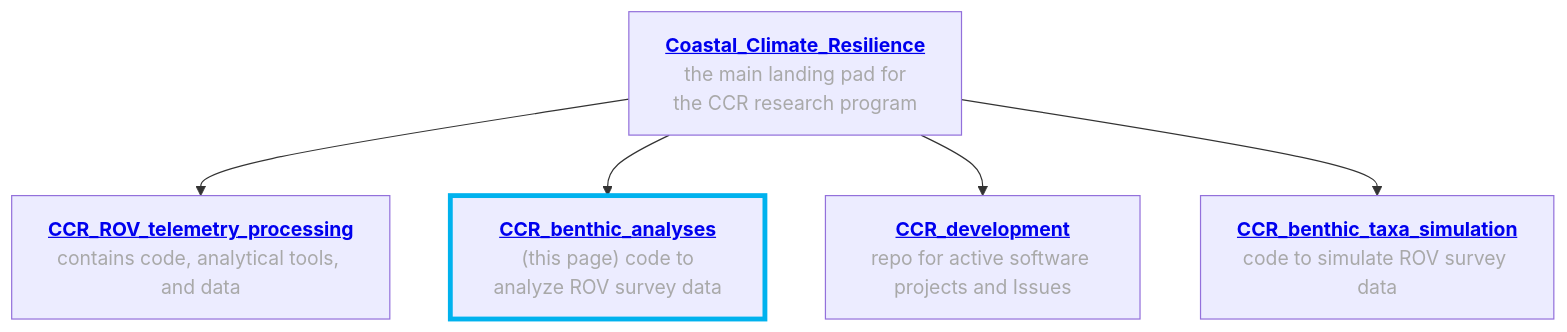
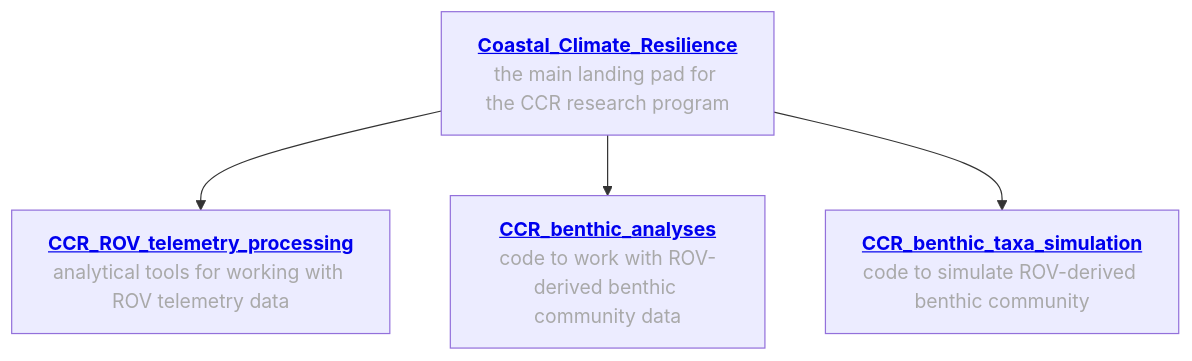
Before and after one commit to Seattle-Aquarium/CCR_benthic_analyses: the first of 2 diagrams in README.md, drawn with Mermaid. The commit also changed other lines of this file, not shown here.

````diff
--- a/README.md
+++ b/README.md
@@ -41,15 +42,11 @@
 ```mermaid
 graph TD
 
-A["<a href='https://github.com/Seattle-Aquarium/Coastal_Climate_Resilience' target='_blank' style='font-size: 16px; font-weight: bold;'>Coastal_Climate_Resilience</a><br><font color='darkgray' style='text-decoration: none;'> the main landing pad for the CCR research program</font>"]
+A["<a href='https://github.com/Seattle-Aquarium/Coastal_Climate_Resilience' target='_blank' style='font-size: 16px; font-weight: bold;'>Coastal_Climate_Resilience</a><br><font color='darkgray'>the main landing pad for the CCR research program</font>"]
 
-A --> B["<a href='https://github.com/Seattle-Aquarium/CCR_analytical_resources' target='_blank' style='font-size: 16px; font-weight: bold;'>CCR_ROV_telemetry_processing</a><br><font color='darkgray' style='text-decoration: none;'>contains code, analytical tools, and data</font>"]
+A --> E["<a href='https://github.com/Seattle-Aquarium/CCR_analytical_resources' target='_blank' style='font-size: 16px; font-weight: bold;'>CCR_ROV_telemetry_processing</a><br><font color='darkgray'>analytical tools for working with ROV telemetry data</font>"]
 
-A --> C["<a href='https://github.com/Seattle-Aquarium/CCR_benthic_analyses' target='_blank' style='font-size: 16px; font-weight: bold;'>CCR_benthic_analyses</a><br><font color='darkgray' style='text-decoration: none;'> (this page) code to analyze ROV survey data</font>"]
+A --> F["<a href='https://github.com/Seattle-Aquarium/CCR_benthic_analyses' target='_blank' style='font-size: 16px; font-weight: bold;'>CCR_benthic_analyses</a><br><font color='darkgray'>code to work with ROV-derived benthic community data</font>"]
 
-A --> D["<a href='https://github.com/Seattle-Aquarium/CCR_development' target='_blank' style='font-size: 16px; font-weight: bold;'>CCR_development</a><br><font color='darkgray' style='text-decoration: none;'>repo for active software projects and Issues</font>"]
-
-A --> E["<a href='https://github.com/Seattle-Aquarium/CCR_benthic_taxa_simulation' target='_blank' style='font-size: 16px; font-weight: bold;'>CCR_benthic_taxa_simulation</a><br><font color='darkgray' style='text-decoration: none;'>code to simulate ROV survey data</font>"]
-
-style C stroke:#00B2EE,stroke-width:4px
+A --> G["<a href='https://github.com/Seattle-Aquarium/CCR_benthic_taxa_simulation' target='_blank' style='font-size: 16px; font-weight: bold;'>CCR_benthic_taxa_simulation</a><br><font color='darkgray'>code to simulate ROV-derived benthic community</font>"]
 ```
````
